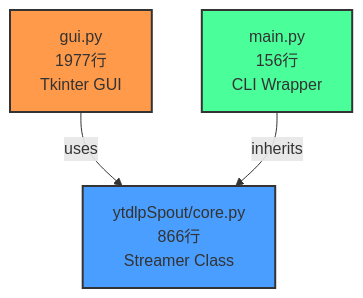
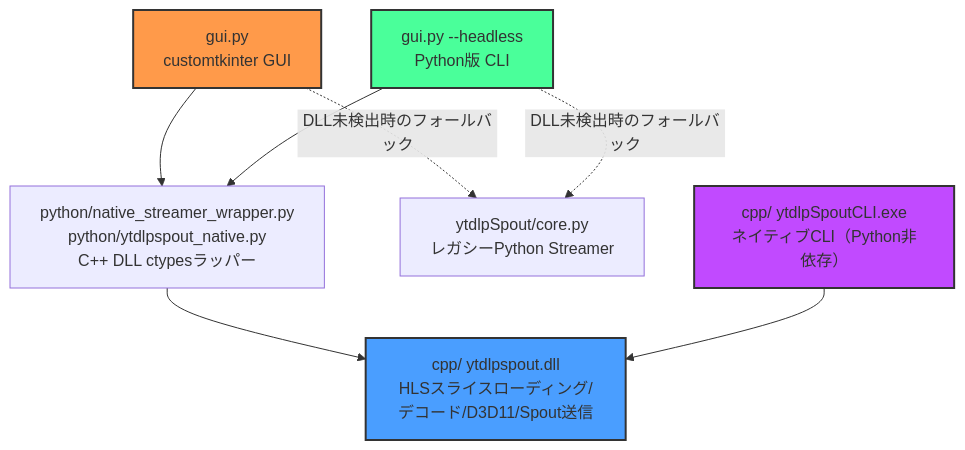
Before and after one commit to 7MPra/ytdlpSpout: the diagram in FEATURES.md, drawn with Mermaid. The commit also changed other lines of this file and 104 other files, not shown here.

````diff
--- a/FEATURES.md
+++ b/FEATURES.md
@@ -7,13 +7,21 @@
 ```mermaid
 graph TB
-    GUI[gui.py<br/>1977行<br/>Tkinter GUI]
-    CLI[main.py<br/>156行<br/>CLI Wrapper]
-    CORE[ytdlpSpout/core.py<br/>866行<br/>Streamer Class]
-    
-    GUI -->|uses| CORE
-    CLI -->|inherits| CORE
-    
-    style CORE fill:#4a9eff,stroke:#333,stroke-width:2px
+    GUI[gui.py<br/>customtkinter GUI]
+    HEAD[gui.py --headless<br/>Python版 CLI]
+    NATIVE_WRAP[python/native_streamer_wrapper.py<br/>python/ytdlpspout_native.py<br/>C++ DLL ctypesラッパー]
+    LEGACY[ytdlpSpout/core.py<br/>レガシーPython Streamer]
+    CPP_DLL[cpp/ ytdlpspout.dll<br/>HLSスライスローディング/デコード/D3D11/Spout送信]
+    CPP_CLI[cpp/ ytdlpSpoutCLI.exe<br/>ネイティブCLI（Python非依存）]
+
+    GUI --> NATIVE_WRAP
+    HEAD --> NATIVE_WRAP
+    NATIVE_WRAP --> CPP_DLL
+    GUI -. DLL未検出時のフォールバック .-> LEGACY
+    HEAD -. DLL未検出時のフォールバック .-> LEGACY
+    CPP_CLI --> CPP_DLL
+
+    style CPP_DLL fill:#4a9eff,stroke:#333,stroke-width:2px
     style GUI fill:#ff9a4a,stroke:#333,stroke-width:2px
-    style CLI fill:#4aff9a,stroke:#333,stroke-width:2px
+    style HEAD fill:#4aff9a,stroke:#333,stroke-width:2px
+    style CPP_CLI fill:#c14aff,stroke:#333,stroke-width:2px
 ```
````
